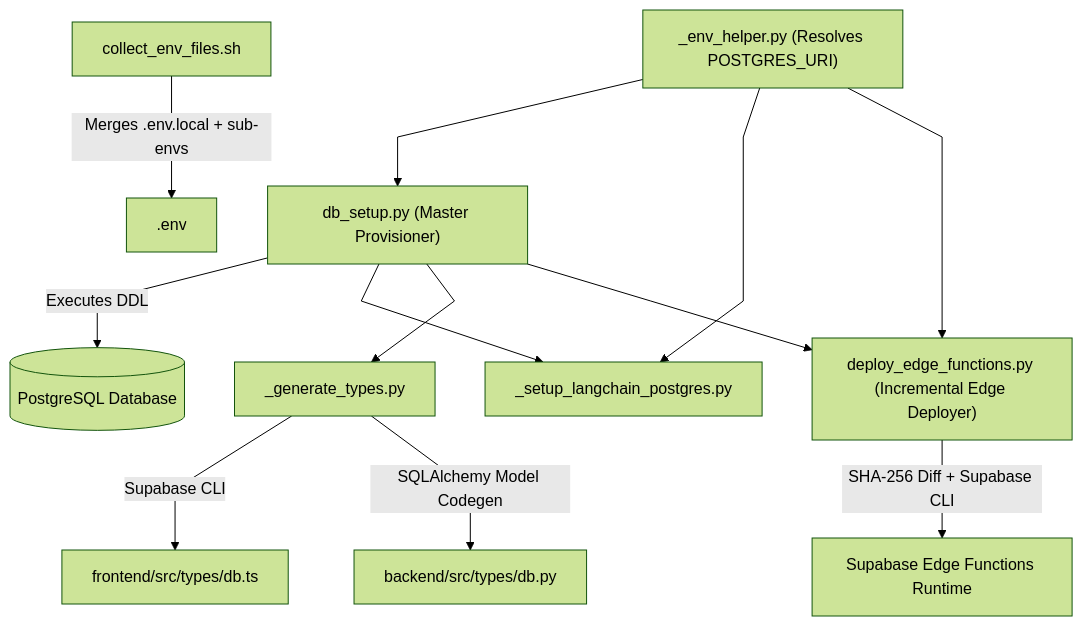
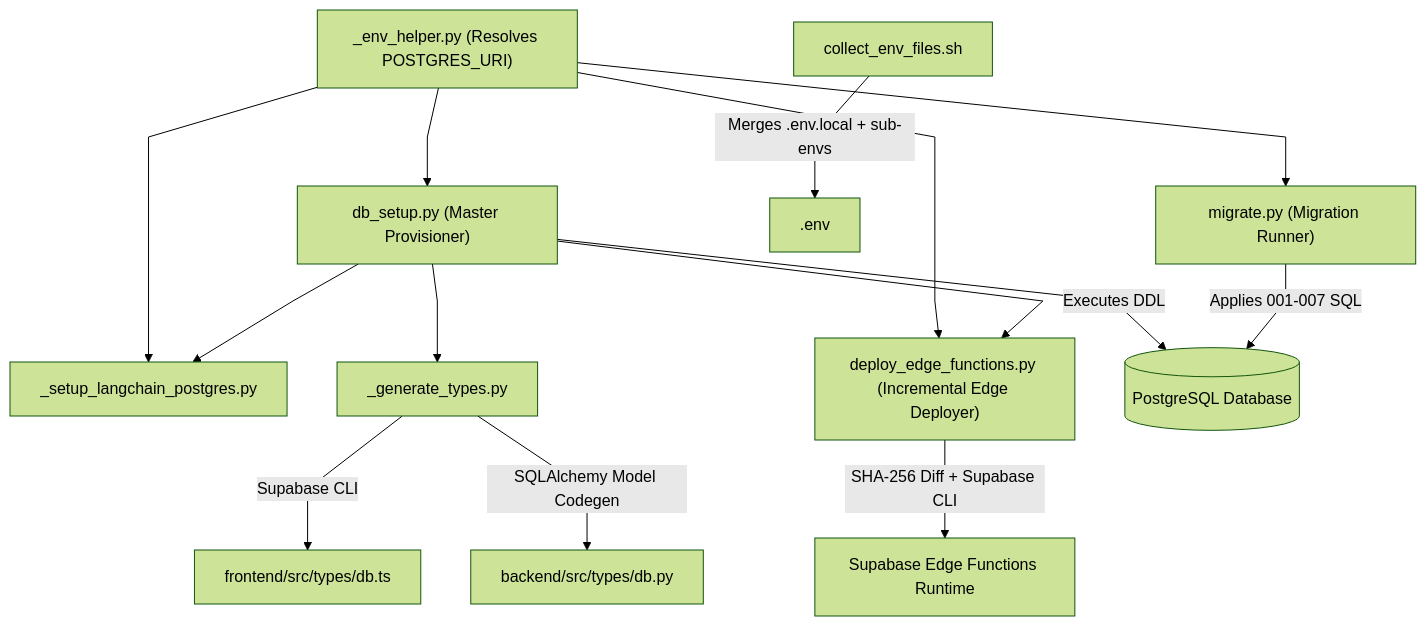
One commit to VictorBravo9er/Teacher-Assistant-Workspace changed the third of 3 diagrams in systems/devops_and_deployment.md. Above: the diagram before and after it, drawn with Mermaid (forest theme). The commit also changed 14 other files, not shown here.

Commit message:
docs: complete verification and synchronize micro-docs with systems architecture

````diff
--- a/systems/devops_and_deployment.md
+++ b/systems/devops_and_deployment.md
@@ -97,26 +97,29 @@
 ```mermaid
 %%{init: {'flowchart': {'curve': 'linear'}}}%%
 flowchart TD
     EnvHelper["_env_helper.py (Resolves POSTGRES_URI)"]
     
     SetupDB["db_setup.py (Master Provisioner)"]
+    Migrate["migrate.py (Migration Runner)"]
     LangGraphInit["_setup_langchain_postgres.py"]
     GenTypes["_generate_types.py"]
     EdgeDeploy["deploy_edge_functions.py (Incremental Edge Deployer)"]
     EnvCollector["collect_env_files.sh"]
 
     EnvHelper --> SetupDB
+    EnvHelper --> Migrate
     EnvHelper --> LangGraphInit
     EnvHelper --> EdgeDeploy
 
     SetupDB -->|Executes DDL| PostgreSQL[("PostgreSQL Database")]
+    Migrate -->|Applies 001-007 SQL| PostgreSQL
     SetupDB --> LangGraphInit
     SetupDB --> GenTypes
     SetupDB --> EdgeDeploy
 
     GenTypes -->|Supabase CLI| TypeScriptTypes["frontend/src/types/db.ts"]
     GenTypes -->|SQLAlchemy Model Codegen| PythonTypes["backend/src/types/db.py"]
     EdgeDeploy -->|SHA-256 Diff + Supabase CLI| SupabaseEdge["Supabase Edge Functions Runtime"]
 
     EnvCollector -->|Merges .env.local + sub-envs| RootEnv[".env"]
 ```
````
